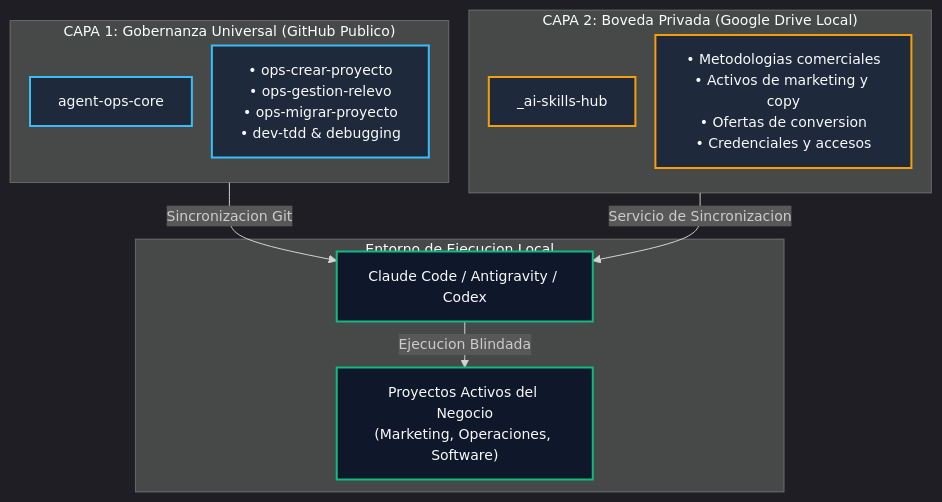
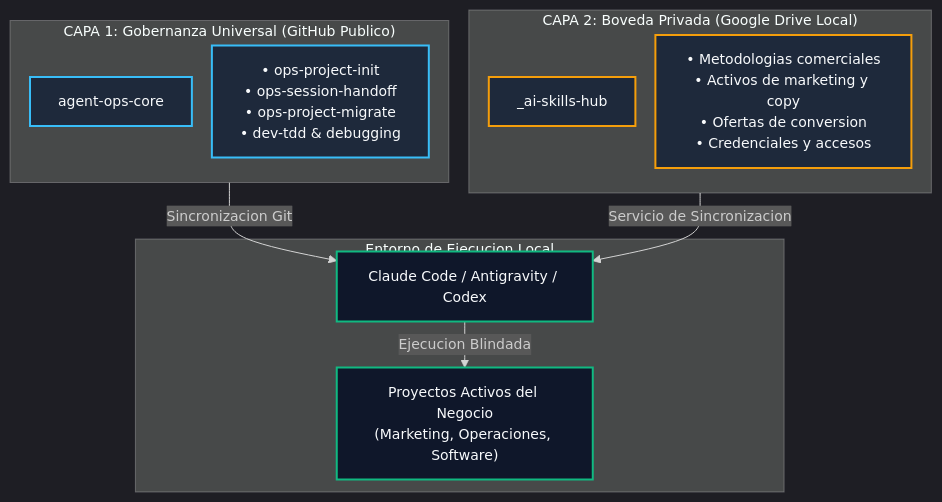
The third of 4 diagrams in README.md (eddvasquez/agent-ops-core), drawn with Mermaid before and after one commit. The commit also changed other lines of this file and 4 other files, not shown here.

Commit message:
feat(skills): renombrar a estandar en ingles ops-project-init, ops-session-handoff y ops-project-migrate

````diff
--- a/README.md
+++ b/README.md
@@ -202,31 +202,31 @@
 ```mermaid
 %%{init: {'theme': 'dark', 'themeVariables': { 'fontSize': '14px' }, 'flowchart': { 'minNodeWidth': 230, 'nodeSpacing': 20, 'rankSpacing': 25, 'padding': 14 }}}%%
 flowchart TD
     subgraph CAPA1["CAPA 1: Gobernanza Universal (GitHub Publico)"]
         direction TB
         OpsCore["agent-ops-core"]
-        P_Ops["• ops-crear-proyecto<br>• ops-gestion-relevo<br>• ops-migrar-proyecto<br>• dev-tdd & debugging"]
+        P_Ops["• ops-project-init<br>• ops-session-handoff<br>• ops-project-migrate<br>• dev-tdd & debugging"]
     end
 
     subgraph CAPA2["CAPA 2: Boveda Privada (Google Drive Local)"]
         direction TB
         HubPrivado["_ai-skills-hub"]
         P_Priv["• Metodologias comerciales<br>• Activos de marketing y copy<br>• Ofertas de conversion<br>• Credenciales y accesos"]
     end
 
     subgraph MOTOR["Entorno de Ejecucion Local"]
         IA["Claude Code / Antigravity / Codex"]
         Proyecto["Proyectos Activos del Negocio<br>(Marketing, Operaciones, Software)"]
     end
 
     CAPA1 -->|"Sincronizacion Git"| IA
     CAPA2 -->|"Servicio de Sincronizacion"| IA
     IA -->|"Ejecucion Blindada"| Proyecto
 
     classDef public fill:#1e293b,stroke:#38bdf8,stroke-width:2px,color:#f8fafc;
     classDef private fill:#1e293b,stroke:#f59e0b,stroke-width:2px,color:#f8fafc;
     classDef target fill:#0f172a,stroke:#10b981,stroke-width:2px,color:#f8fafc;
     class OpsCore,P_Ops public;
     class HubPrivado,P_Priv private;
     class IA,Proyecto target;
 ```
````
